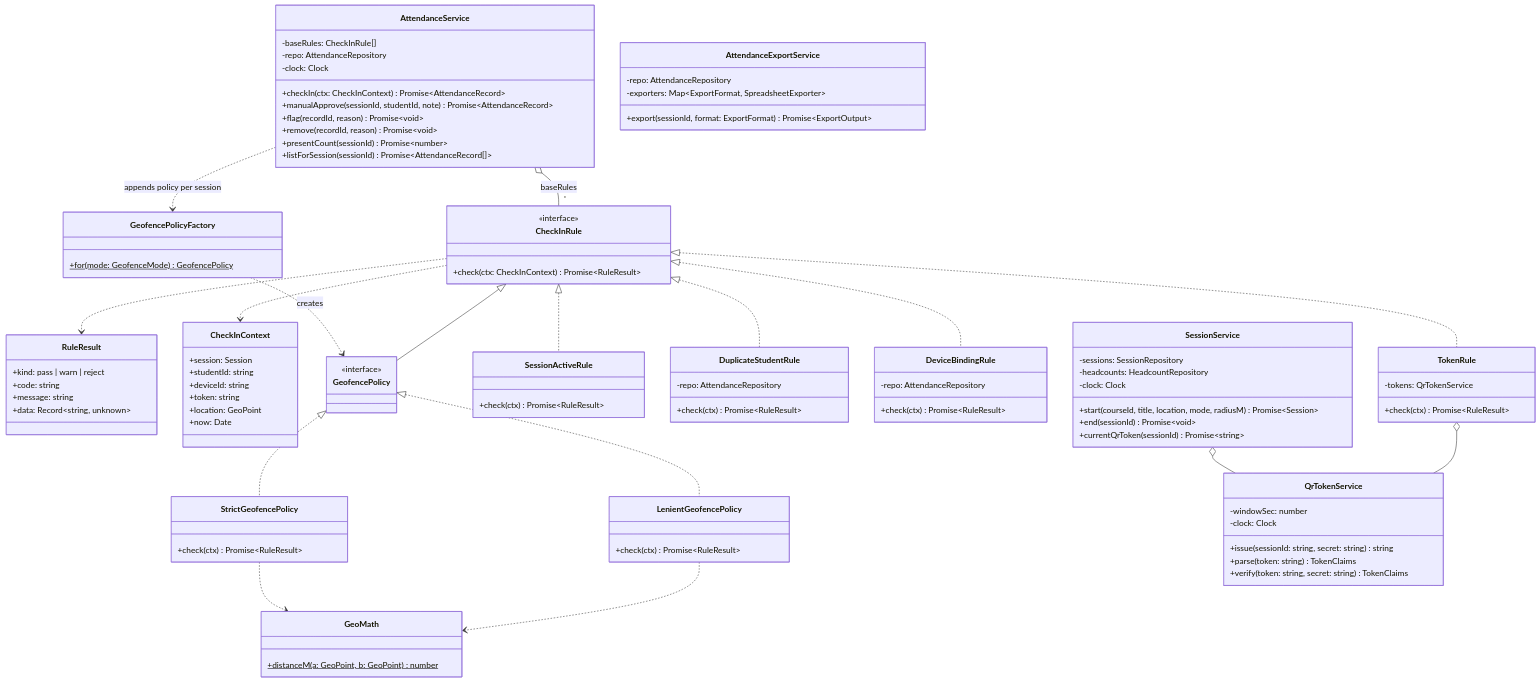
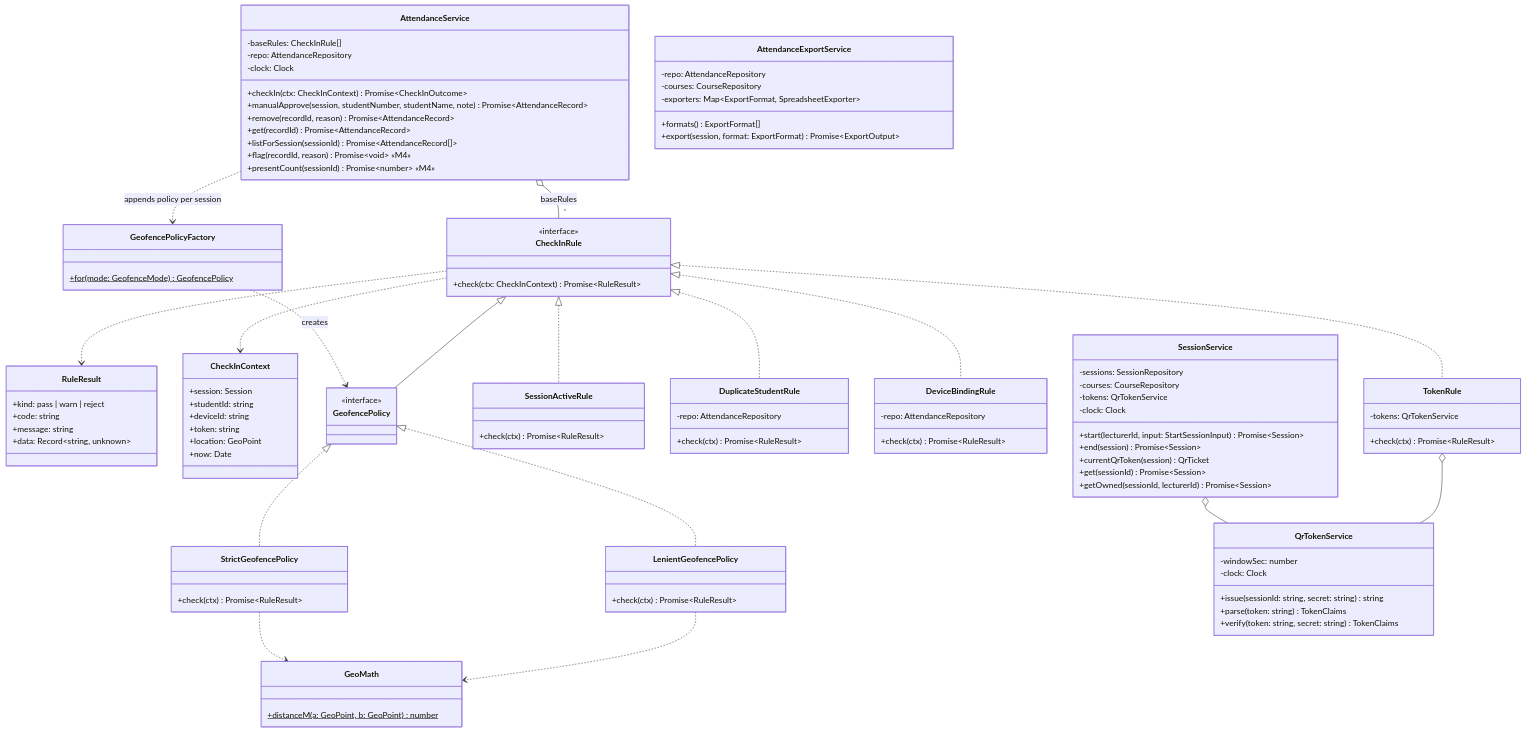
One commit to GiladApel/classpulse changed the third of 7 diagrams in docs/06-class-diagrams.md. Above: the diagram before and after it, drawn with Mermaid. The commit also changed other lines of this file and 74 other files, not shown here.

```diff
--- a/docs/06-class-diagrams.md
+++ b/docs/06-class-diagrams.md
@@ -263,25 +263,31 @@
     -baseRules: CheckInRule[]
     -repo: AttendanceRepository
     -clock: Clock
-    +checkIn(ctx: CheckInContext) Promise~AttendanceRecord~
-    +manualApprove(sessionId, studentId, note) Promise~AttendanceRecord~
-    +flag(recordId, reason) Promise~void~
-    +remove(recordId, reason) Promise~void~
-    +presentCount(sessionId) Promise~number~
+    +checkIn(ctx: CheckInContext) Promise~CheckInOutcome~
+    +manualApprove(session, studentNumber, studentName, note) Promise~AttendanceRecord~
+    +remove(recordId, reason) Promise~AttendanceRecord~
+    +get(recordId) Promise~AttendanceRecord~
     +listForSession(sessionId) Promise~AttendanceRecord[]~
+    +flag(recordId, reason) Promise~void~ «M4»
+    +presentCount(sessionId) Promise~number~ «M4»
   }
   class SessionService {
     -sessions: SessionRepository
-    -headcounts: HeadcountRepository
+    -courses: CourseRepository
+    -tokens: QrTokenService
     -clock: Clock
-    +start(courseId, title, location, mode, radiusM) Promise~Session~
-    +end(sessionId) Promise~void~
-    +currentQrToken(sessionId) Promise~string~
+    +start(lecturerId, input: StartSessionInput) Promise~Session~
+    +end(session) Promise~Session~
+    +currentQrToken(session) QrTicket
+    +get(sessionId) Promise~Session~
+    +getOwned(sessionId, lecturerId) Promise~Session~
   }
   class AttendanceExportService {
     -repo: AttendanceRepository
+    -courses: CourseRepository
     -exporters: Map~ExportFormat, SpreadsheetExporter~
-    +export(sessionId, format: ExportFormat) Promise~ExportOutput~
+    +formats() ExportFormat[]
+    +export(session, format: ExportFormat) Promise~ExportOutput~
   }
 
   CheckInRule <|.. TokenRule
```
